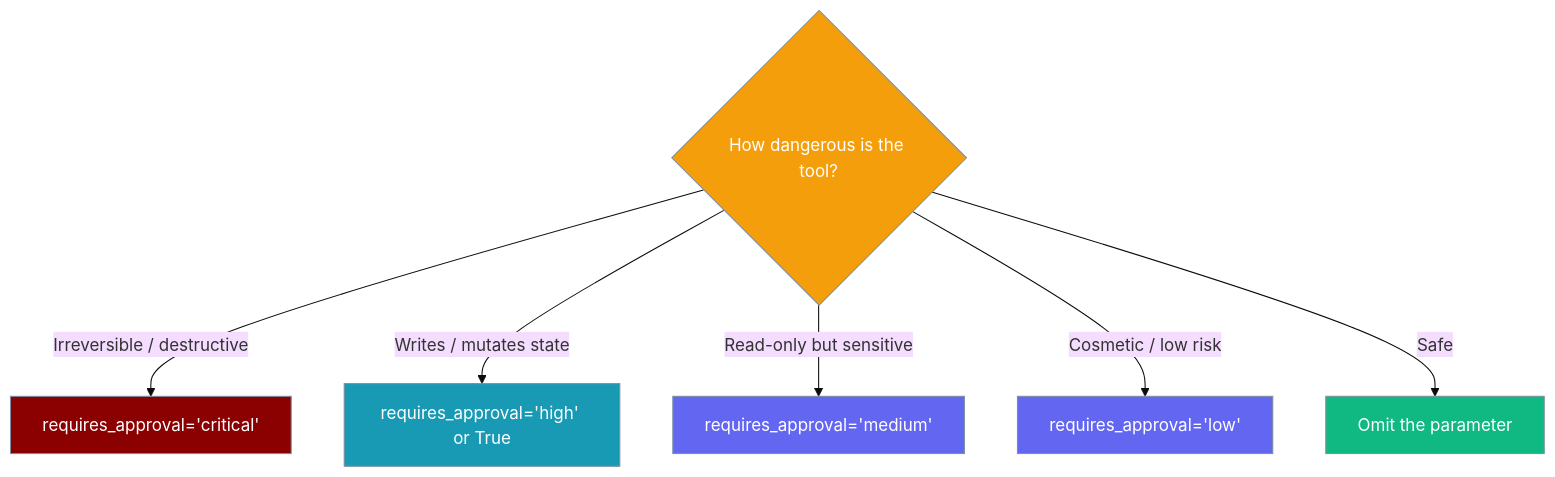
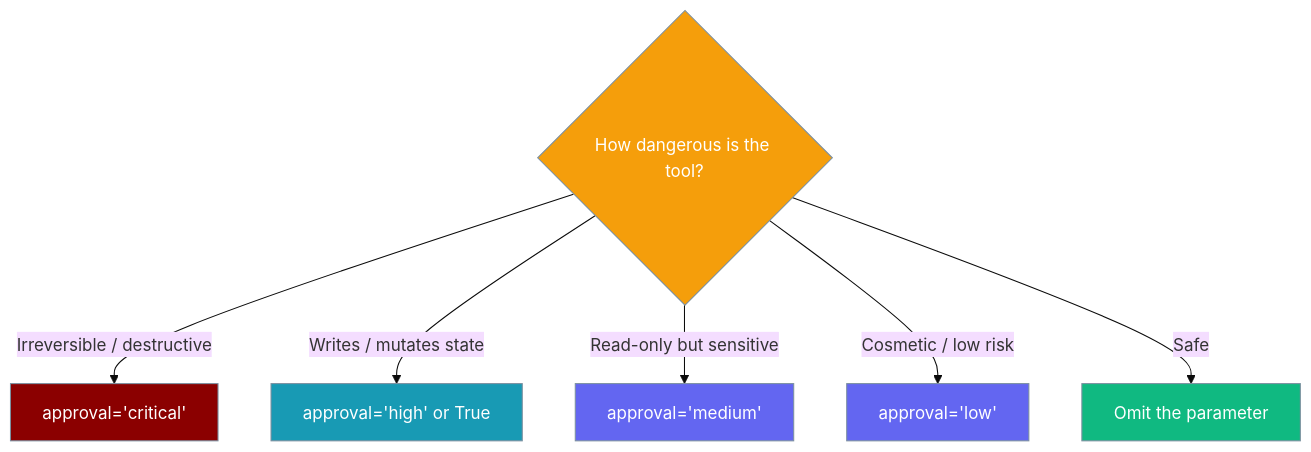
Before and after one commit to MervinPraison/PraisonAIDocs: the third of 3 diagrams in docs/features/tool-requires-approval.mdx, drawn with Mermaid (base theme). The commit also changed other lines of this file and 7 other files, not shown here.

````diff
--- a/docs/features/tool-requires-approval.mdx
+++ b/docs/features/tool-requires-approval.mdx
@@ -138,21 +142,21 @@
 ```mermaid
 graph TB
     Q{How dangerous is the tool?}
-    Q -->|Irreversible / destructive| C["requires_approval='critical'"]
-    Q -->|Writes / mutates state| H["requires_approval='high' or True"]
-    Q -->|Read-only but sensitive| M["requires_approval='medium'"]
-    Q -->|Cosmetic / low risk| L["requires_approval='low'"]
+    Q -->|Irreversible / destructive| C["approval='critical'"]
+    Q -->|Writes / mutates state| H["approval='high' or True"]
+    Q -->|Read-only but sensitive| M["approval='medium'"]
+    Q -->|Cosmetic / low risk| L["approval='low'"]
     Q -->|Safe| N["Omit the parameter"]
 
     classDef q fill:#F59E0B,stroke:#7C90A0,color:#fff
     classDef crit fill:#8B0000,stroke:#7C90A0,color:#fff
     classDef high fill:#189AB4,stroke:#7C90A0,color:#fff
     classDef low fill:#6366F1,stroke:#7C90A0,color:#fff
     classDef safe fill:#10B981,stroke:#7C90A0,color:#fff
 
     class Q q
     class C crit
     class H high
     class M,L low
     class N safe
 ```
````
